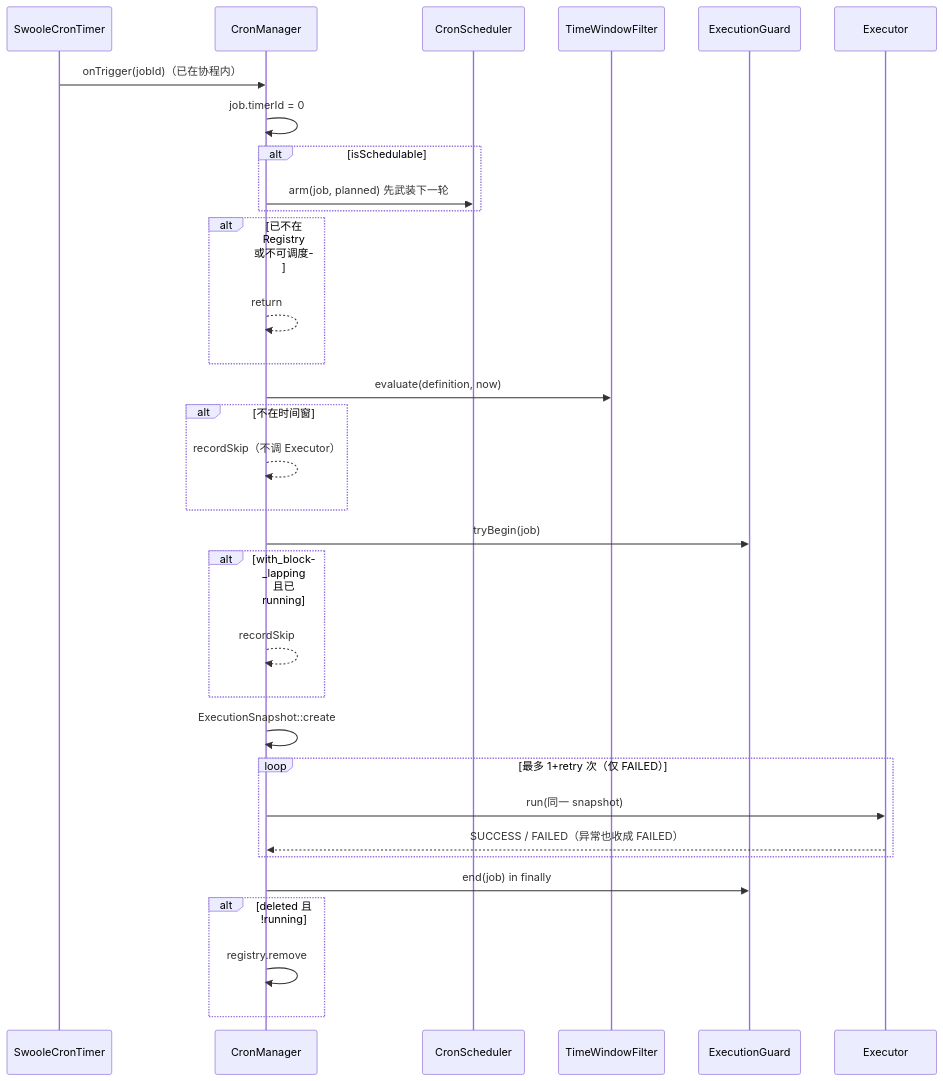
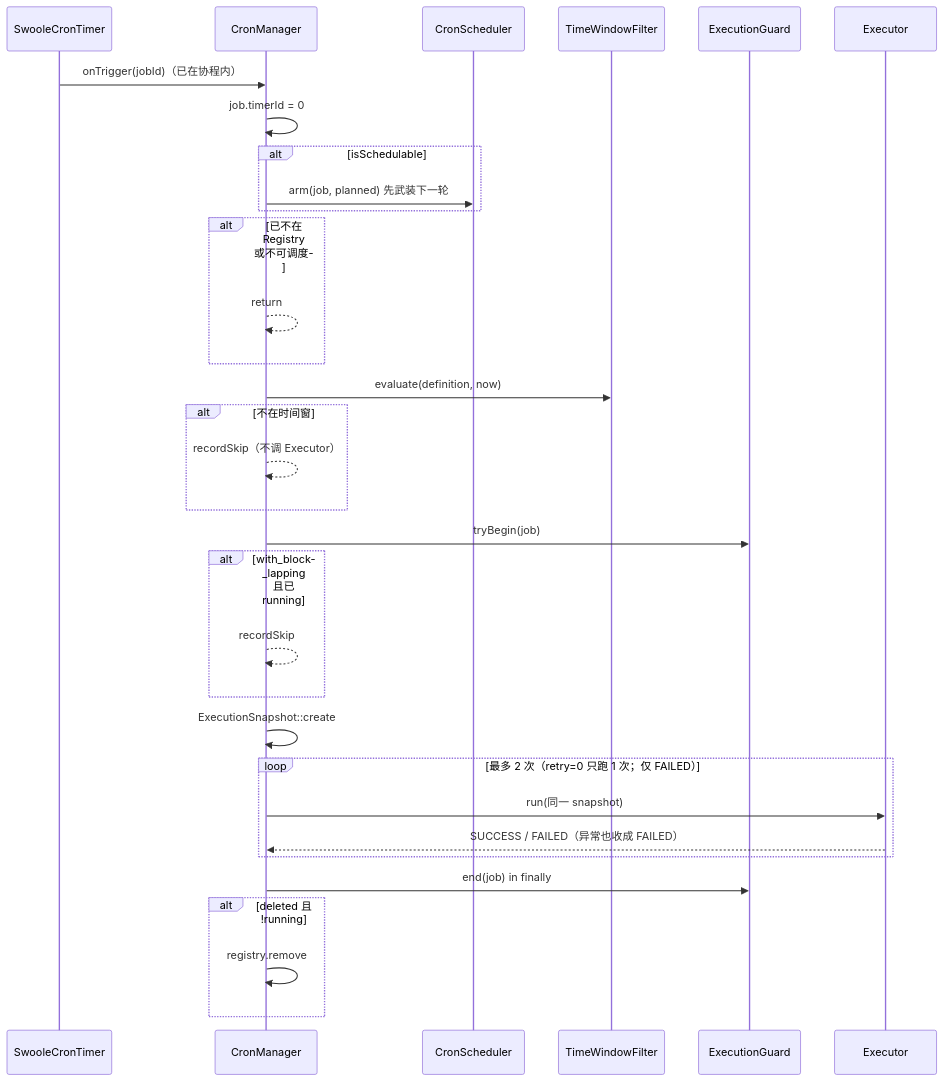
Before and after one commit to bingcool/swoolefy: the third of 3 diagrams in src/Worker/Cron/README.md, drawn with Mermaid. The commit also changed other lines of this file and 5 other files, not shown here.

````diff
--- a/src/Worker/Cron/README.md
+++ b/src/Worker/Cron/README.md
@@ -216,35 +216,35 @@
 ```mermaid
 sequenceDiagram
     participant T as SwooleCronTimer
     participant M as CronManager
     participant S as CronScheduler
     participant W as TimeWindowFilter
     participant G as ExecutionGuard
     participant E as Executor
 
     T->>M: onTrigger(jobId)（已在协程内）
     M->>M: job.timerId = 0
     alt isSchedulable
         M->>S: arm(job, planned) 先武装下一轮
     end
     alt 已不在 Registry 或不可调度
         M-->>M: return
     end
     M->>W: evaluate(definition, now)
     alt 不在时间窗
         M-->>M: recordSkip（不调 Executor）
     end
     M->>G: tryBegin(job)
     alt with_block_lapping 且已 running
         M-->>M: recordSkip
     end
     M->>M: ExecutionSnapshot::create
-    loop 最多 1+retry 次（仅 FAILED）
+    loop 最多 2 次（retry=0 只跑 1 次；仅 FAILED）
         M->>E: run(同一 snapshot)
         E-->>M: SUCCESS / FAILED（异常也收成 FAILED）
     end
     M->>G: end(job) in finally
     alt deleted 且 !running
         M->>M: registry.remove
     end
 ```
````
